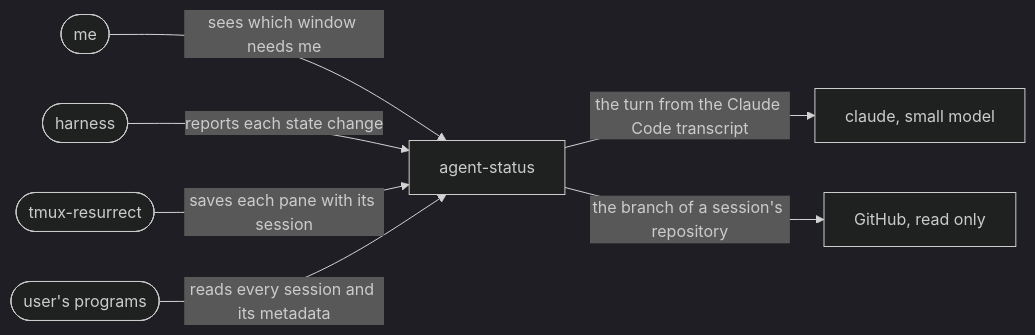
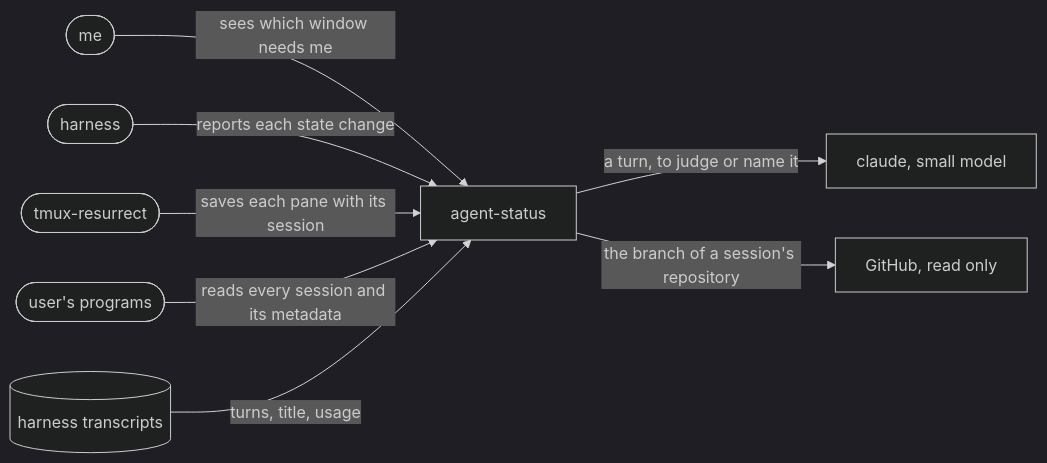
One commit to jvrsantacruz/agent-status changed the diagram in docs/systems/agent-status/agent-status-intent.md. Above: the diagram before and after it, drawn with Mermaid (dark theme). The commit also changed other lines of this file and 3 other files, not shown here.

Commit message:
docs: intent merges the short name into session metadata, private-text covers any harness, transcripts in the general diagram

````diff
--- a/docs/systems/agent-status/agent-status-intent.md
+++ b/docs/systems/agent-status/agent-status-intent.md
@@ -19,9 +19,10 @@
 ```mermaid
 flowchart LR
   me([me]) -- sees which window needs me --> sys[agent-status]
   agent([harness]) -- reports each state change --> sys
   resurrect([tmux-resurrect]) -- saves each pane with its session --> sys
   reader([user's programs]) -- reads every session and its metadata --> sys
-  sys -- the turn from the Claude Code transcript --> claude[claude, small model]
+  transcript[(harness transcripts)] -- turns, title, usage --> sys
+  sys -- a turn, to judge or name it --> claude[claude, small model]
   sys -- the branch of a session's repository --> gh[GitHub, read only]
 ```
````
